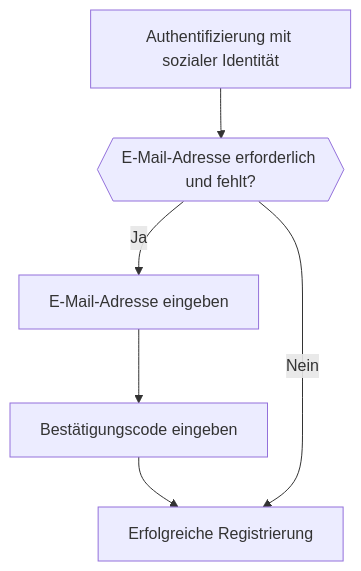
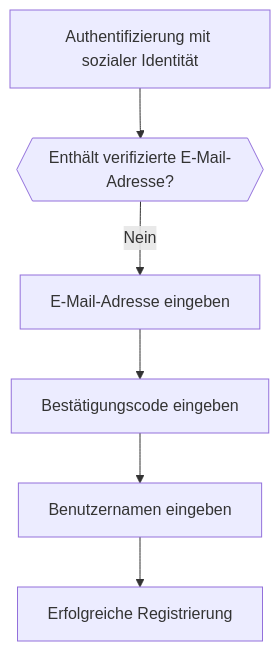
The fifth of 6 diagrams in i18n/de/docusaurus-plugin-content-docs/current/end-user-flows/sign-up-and-sign-in/social-sign-in.mdx (logto-io/docs), drawn with Mermaid before and after one commit. The commit also changed other lines of this file and 407 other files, not shown here.

````diff
--- a/i18n/de/docusaurus-plugin-content-docs/current/end-user-flows/sign-up-and-sign-in/social-sign-in.mdx
+++ b/i18n/de/docusaurus-plugin-content-docs/current/end-user-flows/sign-up-and-sign-in/social-sign-in.mdx
@@ -139,8 +146,8 @@
    ```mermaid
    flowchart TD
-      A[Authentifizierung mit sozialer Identität] --> B{{E-Mail-Adresse erforderlich und fehlt?}}
-      B -- Ja --> C[E-Mail-Adresse eingeben]
+      A[Authentifizierung mit sozialer Identität] --> B{{Enthält verifizierte E-Mail-Adresse?}}
+      B -- Nein --> C[E-Mail-Adresse eingeben]
       C --> D[Bestätigungscode eingeben]
-      D --> E[Erfolgreiche Registrierung]
-      B -- Nein --> E
+      D --> E[Benutzernamen eingeben]
+      E --> F[Erfolgreiche Registrierung]
    ```
````
